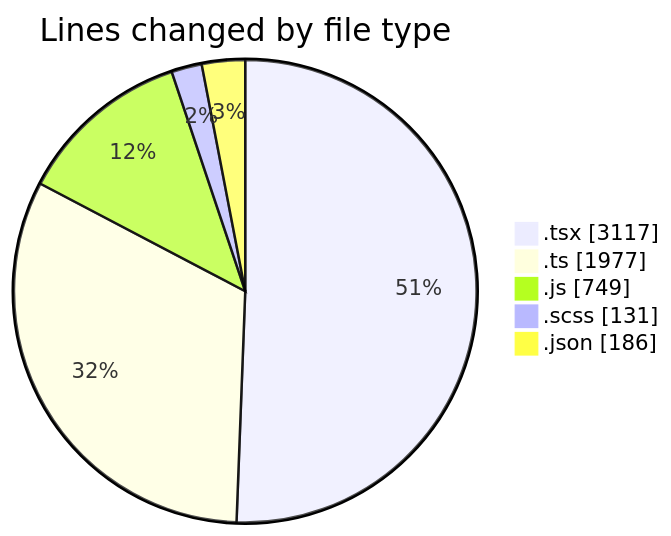
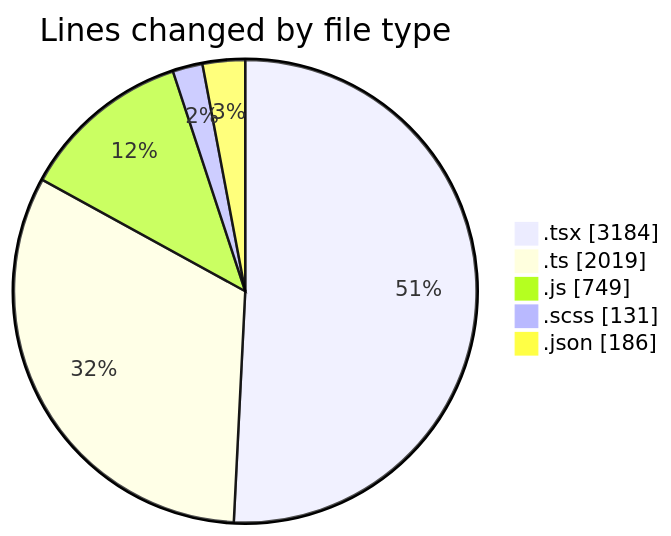
The first of 2 diagrams in 2026-06-11/cda/README.md (momahboobian/code-tracking), drawn with Mermaid before and after one commit. The commit also changed other lines of this file and 1 other file, not shown here.

````diff
--- a/2026-06-11/cda/README.md
+++ b/2026-06-11/cda/README.md
@@ -56,9 +57,9 @@
 ```mermaid
 pie showData
 title Lines changed by file type
-".tsx" : 3117
-".ts" : 1977
+".tsx" : 3184
+".ts" : 2019
 ".js" : 749
 ".scss" : 131
 ".json" : 186
 ```
````
